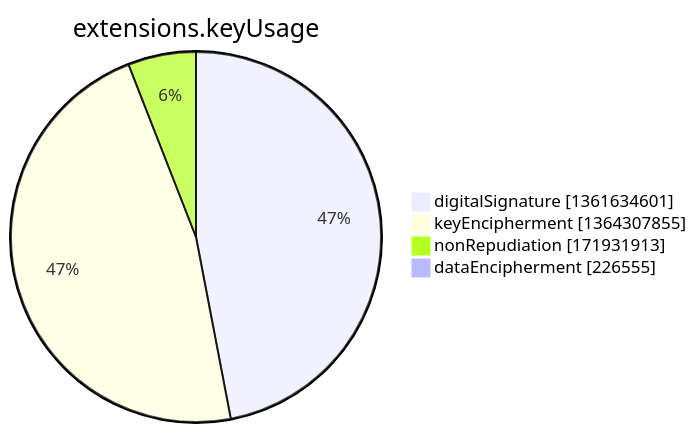
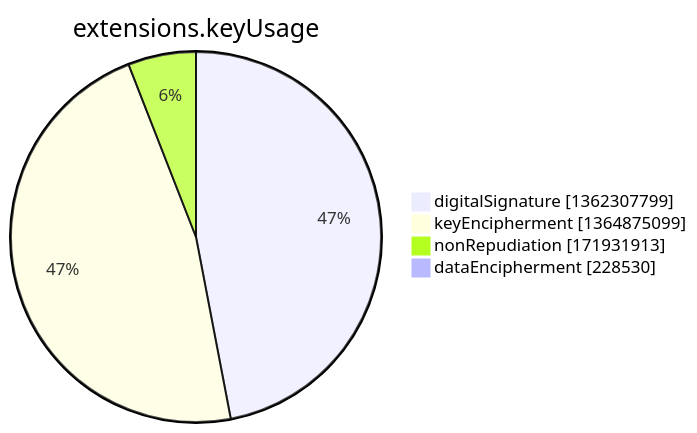
The seventh of 15 diagrams in argon2022/README.md (christiankrug/ctmonitor_visualization), drawn with Mermaid before and after one commit. The commit also changed other lines of this file, not shown here.

````diff
--- a/argon2022/README.md
+++ b/argon2022/README.md
@@ -2750,8 +2750,8 @@
 ```mermaid
 pie showData
 title extensions.keyUsage
-"digitalSignature" :1361634601
-"keyEncipherment" :1364307855
+"digitalSignature" :1362307799
+"keyEncipherment" :1364875099
 "nonRepudiation" :171931913
-"dataEncipherment" :226555
+"dataEncipherment" :228530
 ```
````
